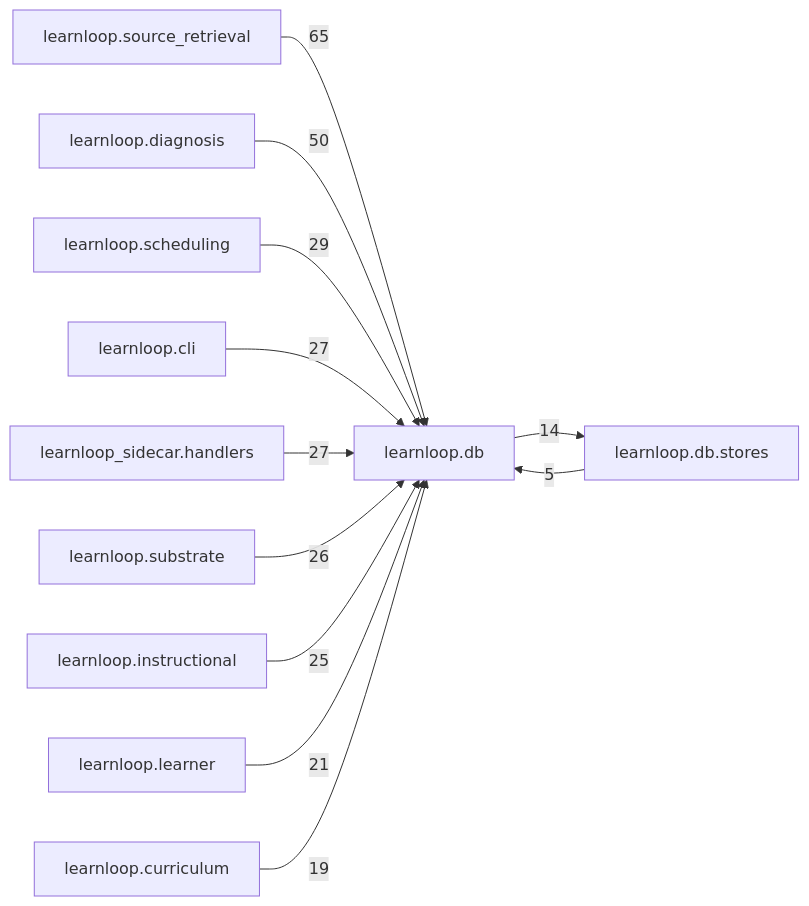
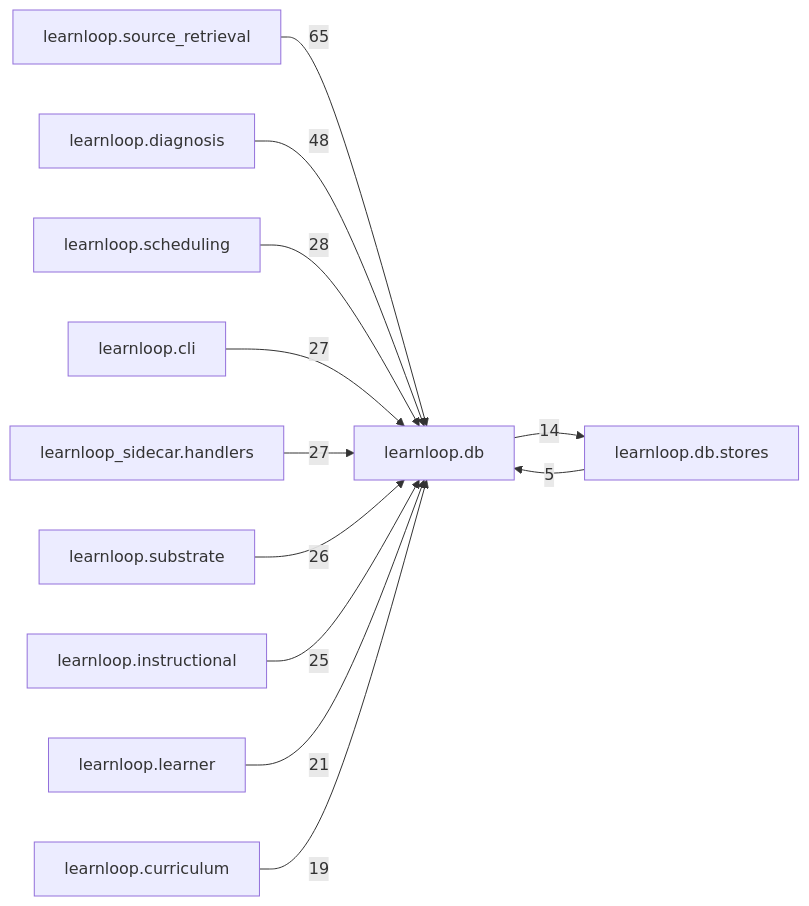
One commit to 6up-b/learnanything changed the diagram in docs/learnloop-architecture-vault/Reference/Modules/learnloop/db/_package.md. Above: the diagram before and after it, drawn with Mermaid. The commit also changed other lines of this file and 181 other files, not shown here.

````diff
--- a/docs/learnloop-architecture-vault/Reference/Modules/learnloop/db/_package.md
+++ b/docs/learnloop-architecture-vault/Reference/Modules/learnloop/db/_package.md
@@ -138,25 +138,25 @@
 ```mermaid
 flowchart LR
     center["learnloop.db"]
     n_learnloop_source_retrieval["learnloop.source_retrieval"]
     n_learnloop_diagnosis["learnloop.diagnosis"]
     n_learnloop_scheduling["learnloop.scheduling"]
     n_learnloop_cli["learnloop.cli"]
     n_learnloop_sidecar_handlers["learnloop_sidecar.handlers"]
     n_learnloop_substrate["learnloop.substrate"]
     n_learnloop_instructional["learnloop.instructional"]
     n_learnloop_learner["learnloop.learner"]
     n_learnloop_curriculum["learnloop.curriculum"]
     n_learnloop_db_stores["learnloop.db.stores"]
     n_learnloop_source_retrieval -->|65| center
-    n_learnloop_diagnosis -->|50| center
-    n_learnloop_scheduling -->|29| center
+    n_learnloop_diagnosis -->|48| center
+    n_learnloop_scheduling -->|28| center
     n_learnloop_cli -->|27| center
     n_learnloop_sidecar_handlers -->|27| center
     n_learnloop_substrate -->|26| center
     n_learnloop_instructional -->|25| center
     n_learnloop_learner -->|21| center
     n_learnloop_curriculum -->|19| center
     n_learnloop_db_stores -->|5| center
     center -->|14| n_learnloop_db_stores
 ```
````
